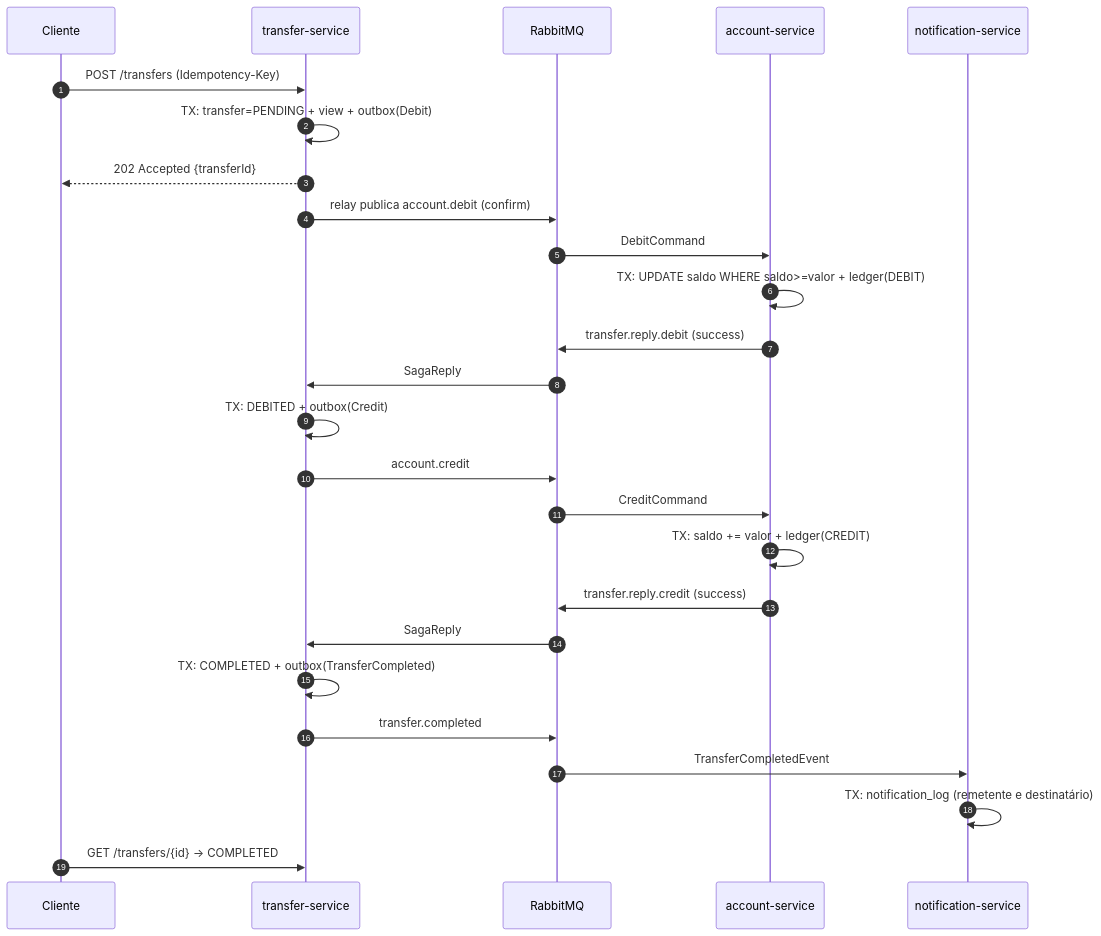
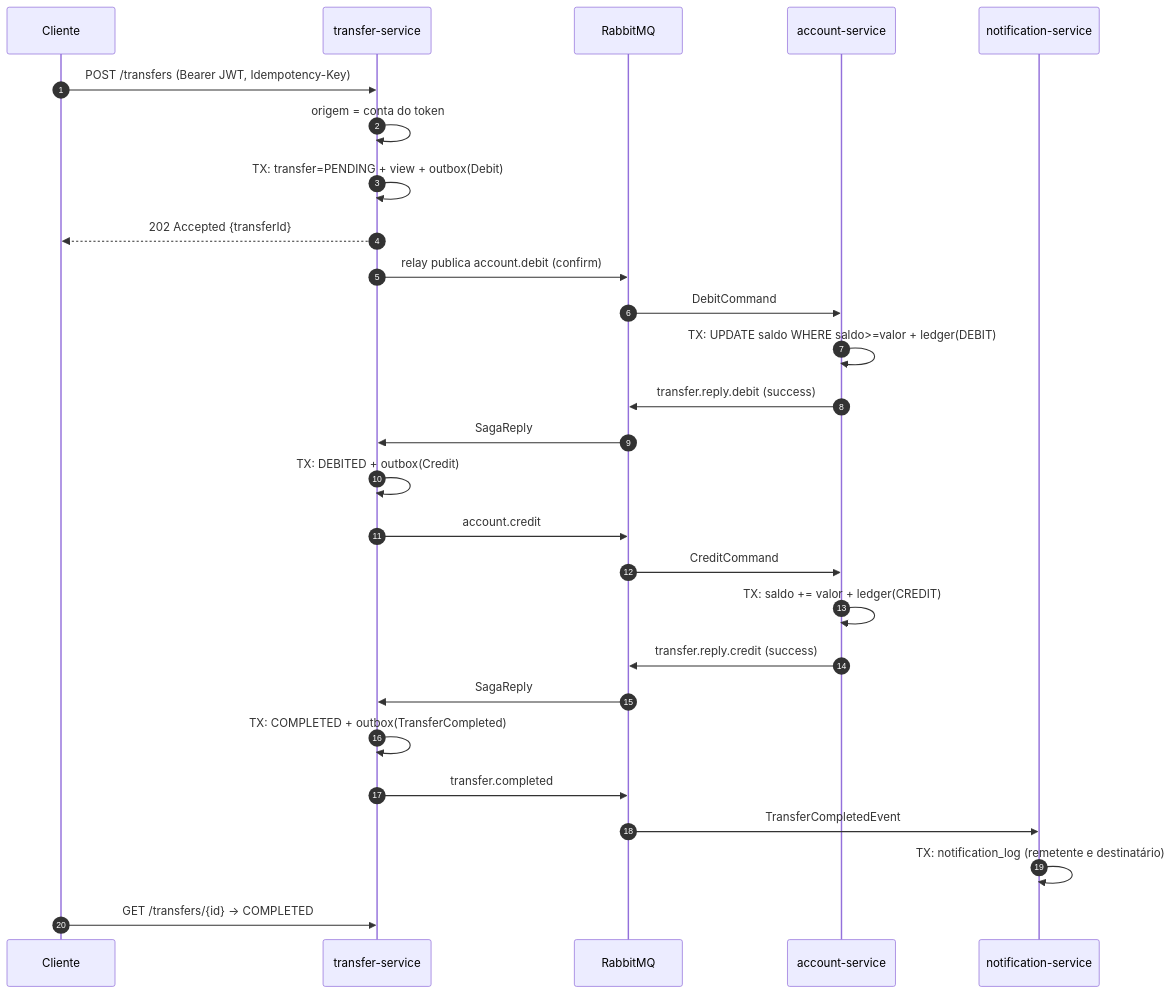
One commit to JairAssisDev/projectbank changed the third of 7 diagrams in docs/architecture.md. Above: the diagram before and after it, drawn with Mermaid. The commit also changed other lines of this file, not shown here.

First line of the commit message:
docs(architecture): login JWT, regras de acesso e camadas do codigo

````diff
--- a/docs/architecture.md
+++ b/docs/architecture.md
@@ -48,29 +87,30 @@
 ```mermaid
 sequenceDiagram
     autonumber
     participant C as Cliente
     participant T as transfer-service
     participant MQ as RabbitMQ
     participant A as account-service
     participant N as notification-service
 
-    C->>T: POST /transfers (Idempotency-Key)
+    C->>T: POST /transfers (Bearer JWT, Idempotency-Key)
+    T->>T: origem = conta do token
     T->>T: TX: transfer=PENDING + view + outbox(Debit)
     T-->>C: 202 Accepted {transferId}
     T->>MQ: relay publica account.debit (confirm)
     MQ->>A: DebitCommand
     A->>A: TX: UPDATE saldo WHERE saldo>=valor + ledger(DEBIT)
     A->>MQ: transfer.reply.debit (success)
     MQ->>T: SagaReply
     T->>T: TX: DEBITED + outbox(Credit)
     T->>MQ: account.credit
     MQ->>A: CreditCommand
     A->>A: TX: saldo += valor + ledger(CREDIT)
     A->>MQ: transfer.reply.credit (success)
     MQ->>T: SagaReply
     T->>T: TX: COMPLETED + outbox(TransferCompleted)
     T->>MQ: transfer.completed
     MQ->>N: TransferCompletedEvent
     N->>N: TX: notification_log (remetente e destinatário)
     C->>T: GET /transfers/{id} → COMPLETED
 ```
````
